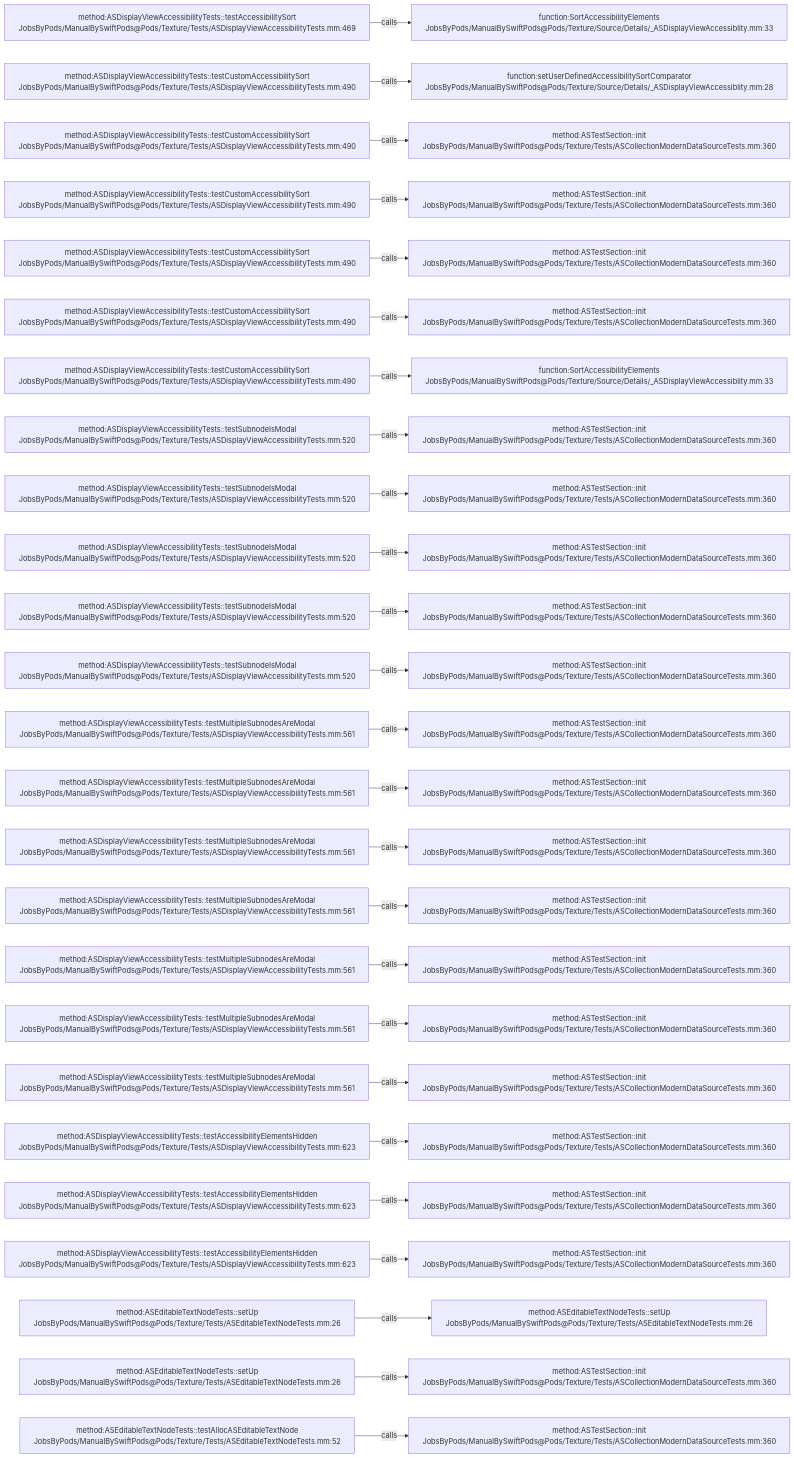
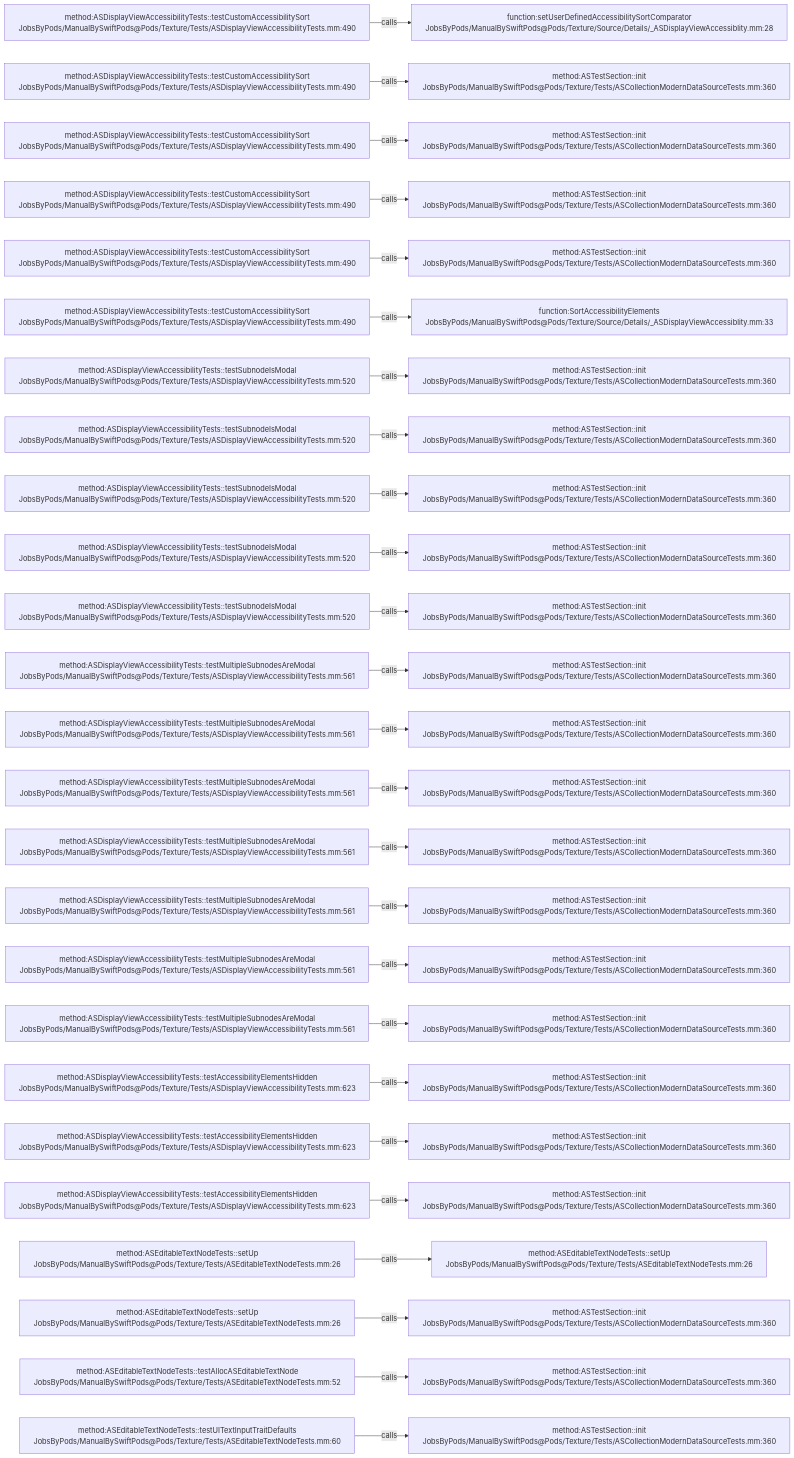
The diagram in .codegraph/codegraph.md/graphs/calls-200.md (JobsKits/JobsSwiftBaseConfigDemo), drawn with Mermaid before and after one commit. The commit also changed 747 other files, not shown here.

````diff
--- a/.codegraph/codegraph.md/graphs/calls-200.md
+++ b/.codegraph/codegraph.md/graphs/calls-200.md
@@ -13,78 +13,78 @@
 ```mermaid
 flowchart LR
-  S1["method:ASDisplayViewAccessibilityTests::testAccessibilitySort<br/>JobsByPods/ManualBySwiftPods@Pods/Texture/Tests/ASDisplayViewAccessibilityTests.mm:469"]
-  T1["function:SortAccessibilityElements<br/>JobsByPods/ManualBySwiftPods@Pods/Texture/Source/Details/_ASDisplayViewAccessiblity.mm:33"]
+  S1["method:ASDisplayViewAccessibilityTests::testCustomAccessibilitySort<br/>JobsByPods/ManualBySwiftPods@Pods/Texture/Tests/ASDisplayViewAccessibilityTests.mm:490"]
+  T1["function:setUserDefinedAccessibilitySortComparator<br/>JobsByPods/ManualBySwiftPods@Pods/Texture/Source/Details/_ASDisplayViewAccessiblity.mm:28"]
   S1 -->|calls| T1
   S2["method:ASDisplayViewAccessibilityTests::testCustomAccessibilitySort<br/>JobsByPods/ManualBySwiftPods@Pods/Texture/Tests/ASDisplayViewAccessibilityTests.mm:490"]
-  T2["function:setUserDefinedAccessibilitySortComparator<br/>JobsByPods/ManualBySwiftPods@Pods/Texture/Source/Details/_ASDisplayViewAccessiblity.mm:28"]
+  T2["method:ASTestSection::init<br/>JobsByPods/ManualBySwiftPods@Pods/Texture/Tests/ASCollectionModernDataSourceTests.mm:360"]
   S2 -->|calls| T2
   S3["method:ASDisplayViewAccessibilityTests::testCustomAccessibilitySort<br/>JobsByPods/ManualBySwiftPods@Pods/Texture/Tests/ASDisplayViewAccessibilityTests.mm:490"]
   T3["method:ASTestSection::init<br/>JobsByPods/ManualBySwiftPods@Pods/Texture/Tests/ASCollectionModernDataSourceTests.mm:360"]
   S3 -->|calls| T3
   S4["method:ASDisplayViewAccessibilityTests::testCustomAccessibilitySort<br/>JobsByPods/ManualBySwiftPods@Pods/Texture/Tests/ASDisplayViewAccessibilityTests.mm:490"]
   T4["method:ASTestSection::init<br/>JobsByPods/ManualBySwiftPods@Pods/Texture/Tests/ASCollectionModernDataSourceTests.mm:360"]
   S4 -->|calls| T4
   S5["method:ASDisplayViewAccessibilityTests::testCustomAccessibilitySort<br/>JobsByPods/ManualBySwiftPods@Pods/Texture/Tests/ASDisplayViewAccessibilityTests.mm:490"]
   T5["method:ASTestSection::init<br/>JobsByPods/ManualBySwiftPods@Pods/Texture/Tests/ASCollectionModernDataSourceTests.mm:360"]
   S5 -->|calls| T5
   S6["method:ASDisplayViewAccessibilityTests::testCustomAccessibilitySort<br/>JobsByPods/ManualBySwiftPods@Pods/Texture/Tests/ASDisplayViewAccessibilityTests.mm:490"]
-  T6["method:ASTestSection::init<br/>JobsByPods/ManualBySwiftPods@Pods/Texture/Tests/ASCollectionModernDataSourceTests.mm:360"]
+  T6["function:SortAccessibilityElements<br/>JobsByPods/ManualBySwiftPods@Pods/Texture/Source/Details/_ASDisplayViewAccessiblity.mm:33"]
   S6 -->|calls| T6
-  S7["method:ASDisplayViewAccessibilityTests::testCustomAccessibilitySort<br/>JobsByPods/ManualBySwiftPods@Pods/Texture/Tests/ASDisplayViewAccessibilityTests.mm:490"]
-  T7["function:SortAccessibilityElements<br/>JobsByPods/ManualBySwiftPods@Pods/Texture/Source/Details/_ASDisplayViewAccessiblity.mm:33"]
+  S7["method:ASDisplayViewAccessibilityTests::testSubnodeIsModal<br/>JobsByPods/ManualBySwiftPods@Pods/Texture/Tests/ASDisplayViewAccessibilityTests.mm:520"]
+  T7["method:ASTestSection::init<br/>JobsByPods/ManualBySwiftPods@Pods/Texture/Tests/ASCollectionModernDataSourceTests.mm:360"]
   S7 -->|calls| T7
   S8["method:ASDisplayViewAccessibilityTests::testSubnodeIsModal<br/>JobsByPods/ManualBySwiftPods@Pods/Texture/Tests/ASDisplayViewAccessibilityTests.mm:520"]
   T8["method:ASTestSection::init<br/>JobsByPods/ManualBySwiftPods@Pods/Texture/Tests/ASCollectionModernDataSourceTests.mm:360"]
   S8 -->|calls| T8
   S9["method:ASDisplayViewAccessibilityTests::testSubnodeIsModal<br/>JobsByPods/ManualBySwiftPods@Pods/Texture/Tests/ASDisplayViewAccessibilityTests.mm:520"]
   T9["method:ASTestSection::init<br/>JobsByPods/ManualBySwiftPods@Pods/Texture/Tests/ASCollectionModernDataSourceTests.mm:360"]
   S9 -->|calls| T9
   S10["method:ASDisplayViewAccessibilityTests::testSubnodeIsModal<br/>JobsByPods/ManualBySwiftPods@Pods/Texture/Tests/ASDisplayViewAccessibilityTests.mm:520"]
   T10["method:ASTestSection::init<br/>JobsByPods/ManualBySwiftPods@Pods/Texture/Tests/ASCollectionModernDataSourceTests.mm:360"]
   S10 -->|calls| T10
   S11["method:ASDisplayViewAccessibilityTests::testSubnodeIsModal<br/>JobsByPods/ManualBySwiftPods@Pods/Texture/Tests/ASDisplayViewAccessibilityTests.mm:520"]
   T11["method:ASTestSection::init<br/>JobsByPods/ManualBySwiftPods@Pods/Texture/Tests/ASCollectionModernDataSourceTests.mm:360"]
   S11 -->|calls| T11
-  S12["method:ASDisplayViewAccessibilityTests::testSubnodeIsModal<br/>JobsByPods/ManualBySwiftPods@Pods/Texture/Tests/ASDisplayViewAccessibilityTests.mm:520"]
+  S12["method:ASDisplayViewAccessibilityTests::testMultipleSubnodesAreModal<br/>JobsByPods/ManualBySwiftPods@Pods/Texture/Tests/ASDisplayViewAccessibilityTests.mm:561"]
   T12["method:ASTestSection::init<br/>JobsByPods/ManualBySwiftPods@Pods/Texture/Tests/ASCollectionModernDataSourceTests.mm:360"]
   S12 -->|calls| T12
   S13["method:ASDisplayViewAccessibilityTests::testMultipleSubnodesAreModal<br/>JobsByPods/ManualBySwiftPods@Pods/Texture/Tests/ASDisplayViewAccessibilityTests.mm:561"]
   T13["method:ASTestSection::init<br/>JobsByPods/ManualBySwiftPods@Pods/Texture/Tests/ASCollectionModernDataSourceTests.mm:360"]
   S13 -->|calls| T13
   S14["method:ASDisplayViewAccessibilityTests::testMultipleSubnodesAreModal<br/>JobsByPods/ManualBySwiftPods@Pods/Texture/Tests/ASDisplayViewAccessibilityTests.mm:561"]
   T14["method:ASTestSection::init<br/>JobsByPods/ManualBySwiftPods@Pods/Texture/Tests/ASCollectionModernDataSourceTests.mm:360"]
   S14 -->|calls| T14
   S15["method:ASDisplayViewAccessibilityTests::testMultipleSubnodesAreModal<br/>JobsByPods/ManualBySwiftPods@Pods/Texture/Tests/ASDisplayViewAccessibilityTests.mm:561"]
   T15["method:ASTestSection::init<br/>JobsByPods/ManualBySwiftPods@Pods/Texture/Tests/ASCollectionModernDataSourceTests.mm:360"]
   S15 -->|calls| T15
   S16["method:ASDisplayViewAccessibilityTests::testMultipleSubnodesAreModal<br/>JobsByPods/ManualBySwiftPods@Pods/Texture/Tests/ASDisplayViewAccessibilityTests.mm:561"]
   T16["method:ASTestSection::init<br/>JobsByPods/ManualBySwiftPods@Pods/Texture/Tests/ASCollectionModernDataSourceTests.mm:360"]
   S16 -->|calls| T16
   S17["method:ASDisplayViewAccessibilityTests::testMultipleSubnodesAreModal<br/>JobsByPods/ManualBySwiftPods@Pods/Texture/Tests/ASDisplayViewAccessibilityTests.mm:561"]
   T17["method:ASTestSection::init<br/>JobsByPods/ManualBySwiftPods@Pods/Texture/Tests/ASCollectionModernDataSourceTests.mm:360"]
   S17 -->|calls| T17
   S18["method:ASDisplayViewAccessibilityTests::testMultipleSubnodesAreModal<br/>JobsByPods/ManualBySwiftPods@Pods/Texture/Tests/ASDisplayViewAccessibilityTests.mm:561"]
   T18["method:ASTestSection::init<br/>JobsByPods/ManualBySwiftPods@Pods/Texture/Tests/ASCollectionModernDataSourceTests.mm:360"]
   S18 -->|calls| T18
-  S19["method:ASDisplayViewAccessibilityTests::testMultipleSubnodesAreModal<br/>JobsByPods/ManualBySwiftPods@Pods/Texture/Tests/ASDisplayViewAccessibilityTests.mm:561"]
+  S19["method:ASDisplayViewAccessibilityTests::testAccessibilityElementsHidden<br/>JobsByPods/ManualBySwiftPods@Pods/Texture/Tests/ASDisplayViewAccessibilityTests.mm:623"]
   T19["method:ASTestSection::init<br/>JobsByPods/ManualBySwiftPods@Pods/Texture/Tests/ASCollectionModernDataSourceTests.mm:360"]
   S19 -->|calls| T19
   S20["method:ASDisplayViewAccessibilityTests::testAccessibilityElementsHidden<br/>JobsByPods/ManualBySwiftPods@Pods/Texture/Tests/ASDisplayViewAccessibilityTests.mm:623"]
   T20["method:ASTestSection::init<br/>JobsByPods/ManualBySwiftPods@Pods/Texture/Tests/ASCollectionModernDataSourceTests.mm:360"]
   S20 -->|calls| T20
   S21["method:ASDisplayViewAccessibilityTests::testAccessibilityElementsHidden<br/>JobsByPods/ManualBySwiftPods@Pods/Texture/Tests/ASDisplayViewAccessibilityTests.mm:623"]
   T21["method:ASTestSection::init<br/>JobsByPods/ManualBySwiftPods@Pods/Texture/Tests/ASCollectionModernDataSourceTests.mm:360"]
   S21 -->|calls| T21
-  S22["method:ASDisplayViewAccessibilityTests::testAccessibilityElementsHidden<br/>JobsByPods/ManualBySwiftPods@Pods/Texture/Tests/ASDisplayViewAccessibilityTests.mm:623"]
-  T22["method:ASTestSection::init<br/>JobsByPods/ManualBySwiftPods@Pods/Texture/Tests/ASCollectionModernDataSourceTests.mm:360"]
+  S22["method:ASEditableTextNodeTests::setUp<br/>JobsByPods/ManualBySwiftPods@Pods/Texture/Tests/ASEditableTextNodeTests.mm:26"]
+  T22["method:ASEditableTextNodeTests::setUp<br/>JobsByPods/ManualBySwiftPods@Pods/Texture/Tests/ASEditableTextNodeTests.mm:26"]
   S22 -->|calls| T22
   S23["method:ASEditableTextNodeTests::setUp<br/>JobsByPods/ManualBySwiftPods@Pods/Texture/Tests/ASEditableTextNodeTests.mm:26"]
-  T23["method:ASEditableTextNodeTests::setUp<br/>JobsByPods/ManualBySwiftPods@Pods/Texture/Tests/ASEditableTextNodeTests.mm:26"]
+  T23["method:ASTestSection::init<br/>JobsByPods/ManualBySwiftPods@Pods/Texture/Tests/ASCollectionModernDataSourceTests.mm:360"]
   S23 -->|calls| T23
-  S24["method:ASEditableTextNodeTests::setUp<br/>JobsByPods/ManualBySwiftPods@Pods/Texture/Tests/ASEditableTextNodeTests.mm:26"]
+  S24["method:ASEditableTextNodeTests::testAllocASEditableTextNode<br/>JobsByPods/ManualBySwiftPods@Pods/Texture/Tests/ASEditableTextNodeTests.mm:52"]
   T24["method:ASTestSection::init<br/>JobsByPods/ManualBySwiftPods@Pods/Texture/Tests/ASCollectionModernDataSourceTests.mm:360"]
   S24 -->|calls| T24
-  S25["method:ASEditableTextNodeTests::testAllocASEditableTextNode<br/>JobsByPods/ManualBySwiftPods@Pods/Texture/Tests/ASEditableTextNodeTests.mm:52"]
+  S25["method:ASEditableTextNodeTests::testUITextInputTraitDefaults<br/>JobsByPods/ManualBySwiftPods@Pods/Texture/Tests/ASEditableTextNodeTests.mm:60"]
   T25["method:ASTestSection::init<br/>JobsByPods/ManualBySwiftPods@Pods/Texture/Tests/ASCollectionModernDataSourceTests.mm:360"]
   S25 -->|calls| T25
 ```
````
